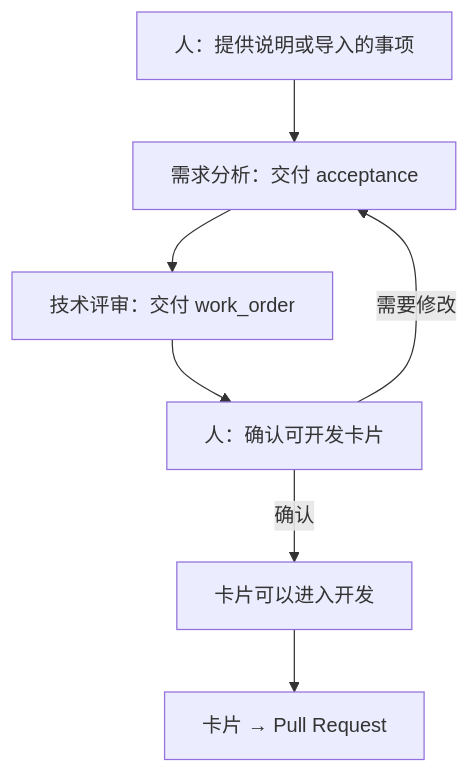
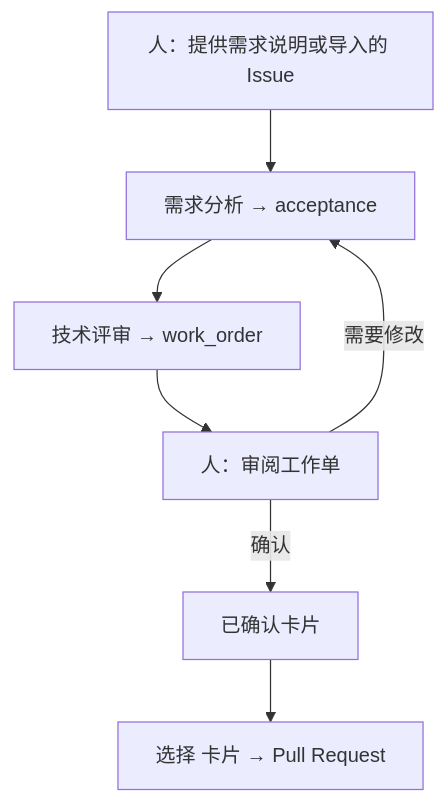
The diagram in src/content/docs/zh-cn/software-factory/requirements-to-card.md (WeiJiLab/aiworkforce-docs), drawn with Mermaid before and after one commit. The commit also changed other lines of this file and 12 other files, not shown here.

````diff
--- a/src/content/docs/zh-cn/software-factory/requirements-to-card.md
+++ b/src/content/docs/zh-cn/software-factory/requirements-to-card.md
@@ -17,11 +17,11 @@
 ```mermaid
 flowchart TD
-    brief["人：提供说明或导入的事项"] --> analysis["需求分析：交付 acceptance"]
-    analysis --> technical["技术评审：交付 work_order"]
-    technical --> review["人：确认可开发卡片"]
+    brief["人：提供需求说明或导入的 Issue"] --> analysis["需求分析 → acceptance"]
+    analysis --> technical["技术评审 → work_order"]
+    technical --> review["人：审阅工作单"]
     review -->|需要修改| analysis
-    review -->|确认| ready["卡片可以进入开发"]
-    ready --> next["卡片 → Pull Request"]
+    review -->|确认| ready["已确认卡片"]
+    ready --> next["选择 卡片 → Pull Request"]
     class brief,review human
     class analysis,technical agent
 ```
````
